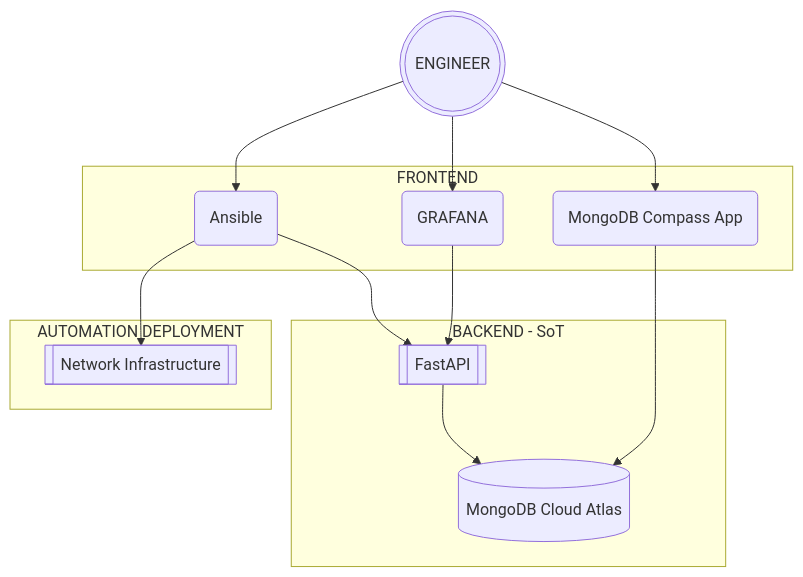
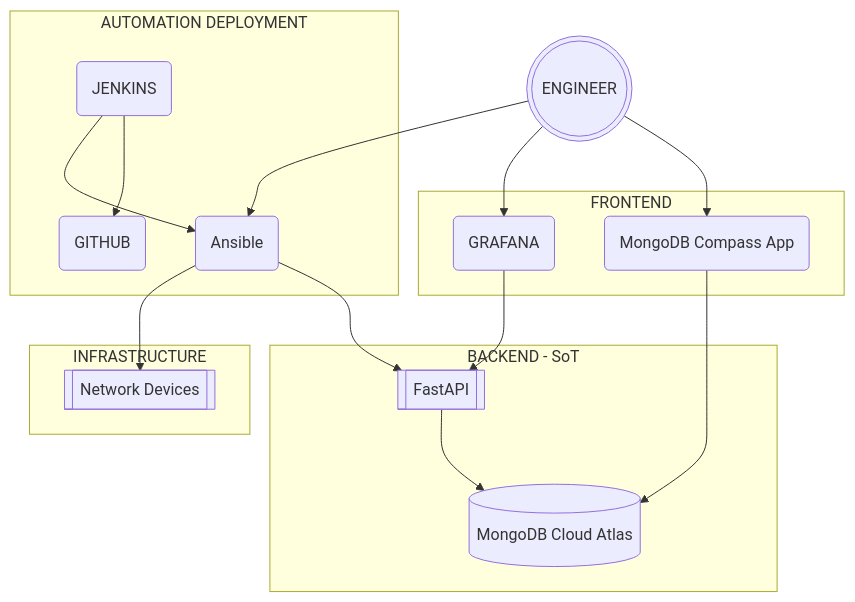
Before and after one commit to jnaranjom/iac_network_deployment: the diagram in diagrams/automation_framework.md, drawn with Mermaid.

````diff
--- a/diagrams/automation_framework.md
+++ b/diagrams/automation_framework.md
@@ -3,25 +3,31 @@
 ```mermaid
 flowchart TB
     A[(MongoDB Cloud Atlas)]
     B[[FastAPI]]
     C(MongoDB Compass App)
     D(Ansible)
-    E[[Network Infrastructure]]
+    E[[Network Devices]]
     F(((ENGINEER)))
     G(GRAFANA)
+    H(JENKINS)
+    I(GITHUB)
     subgraph BACKEND - SoT
         B --> A
     end
     subgraph FRONTEND
         C --> A
-        D --> B
+        
         G --> B
     end
     F --> C
     F --> D
     F --> G
     subgraph AUTOMATION DEPLOYMENT
+        D --> B
+        H --> I
+        H --> D
+    end
+    subgraph INFRASTRUCTURE
         D --> E
     end
-
 ```
````
